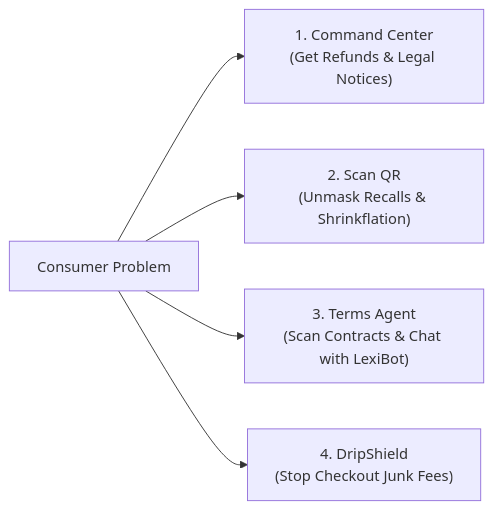
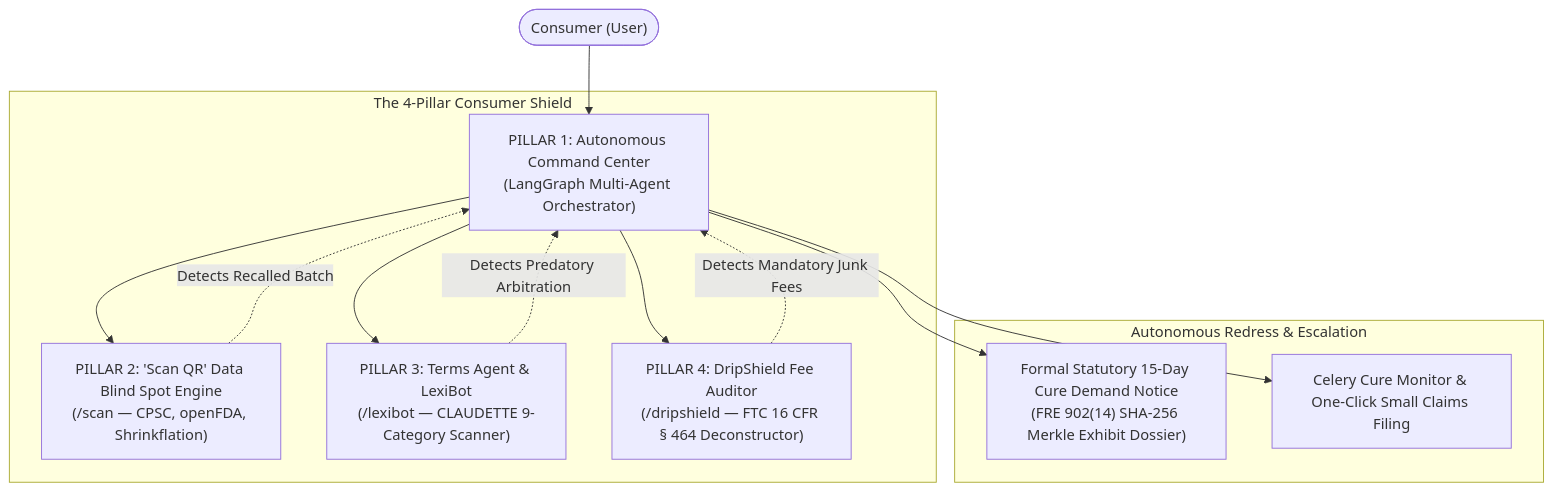
The diagram in README.md (Akshit99999/Hackops-CR), drawn with Mermaid before and after one commit. The commit also changed other lines of this file, not shown here.

Commit message:
docs: structure repository specification around Next.js 15 App Router + FastAPI LangGraph architecture

````diff
--- a/README.md
+++ b/README.md
@@ -19,7 +97,18 @@
 ```mermaid
-flowchart LR
-    A["Consumer Problem"] --> B["1. Command Center\n(Get Refunds & Legal Notices)"]
-    A --> C["2. Scan QR\n(Unmask Recalls & Shrinkflation)"]
-    A --> D["3. Terms Agent\n(Scan Contracts & Chat with LexiBot)"]
-    A --> E["4. DripShield\n(Stop Checkout Junk Fees)"]
+flowchart TD
+    User(["Consumer (User)"]) --> CC["PILLAR 1: Autonomous Command Center\n(LangGraph Multi-Agent Orchestrator)"]
+
+    subgraph DefensePillars["The 4-Pillar Consumer Shield"]
+        CC --> P2["PILLAR 2: 'Scan QR' Data Blind Spot Engine\n(/scan — CPSC, openFDA, Shrinkflation)"]
+        CC --> P3["PILLAR 3: Terms Agent & LexiBot\n(/lexibot — CLAUDETTE 9-Category Scanner)"]
+        CC --> P4["PILLAR 4: DripShield Fee Auditor\n(/dripshield — FTC 16 CFR § 464 Deconstructor)"]
+    end
+
+    subgraph RedressPipeline["Autonomous Redress & Escalation"]
+        P2 -.->|Detects Recalled Batch| CC
+        P3 -.->|Detects Predatory Arbitration| CC
+        P4 -.->|Detects Mandatory Junk Fees| CC
+        CC --> Notice["Formal Statutory 15-Day Cure Demand Notice\n(FRE 902(14) SHA-256 Merkle Exhibit Dossier)"]
+        CC --> Escalate["Celery Cure Monitor & One-Click Small Claims Filing"]
+    end
 ```
````
